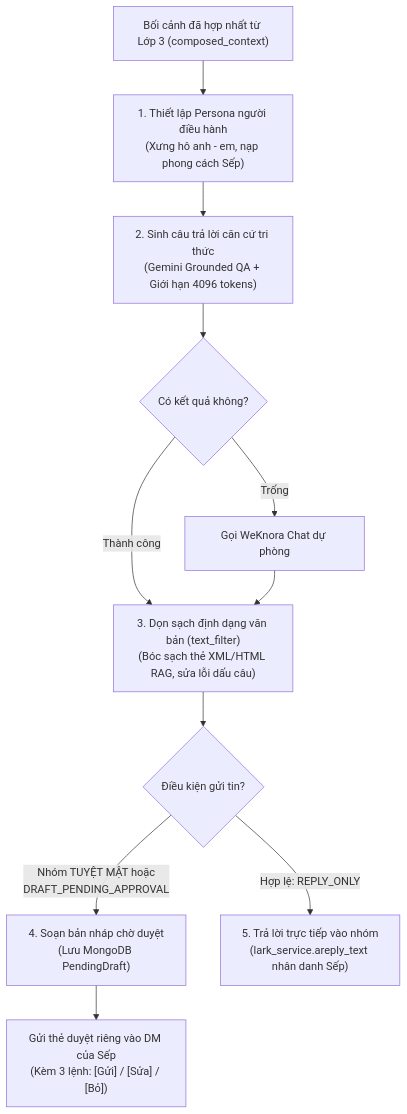
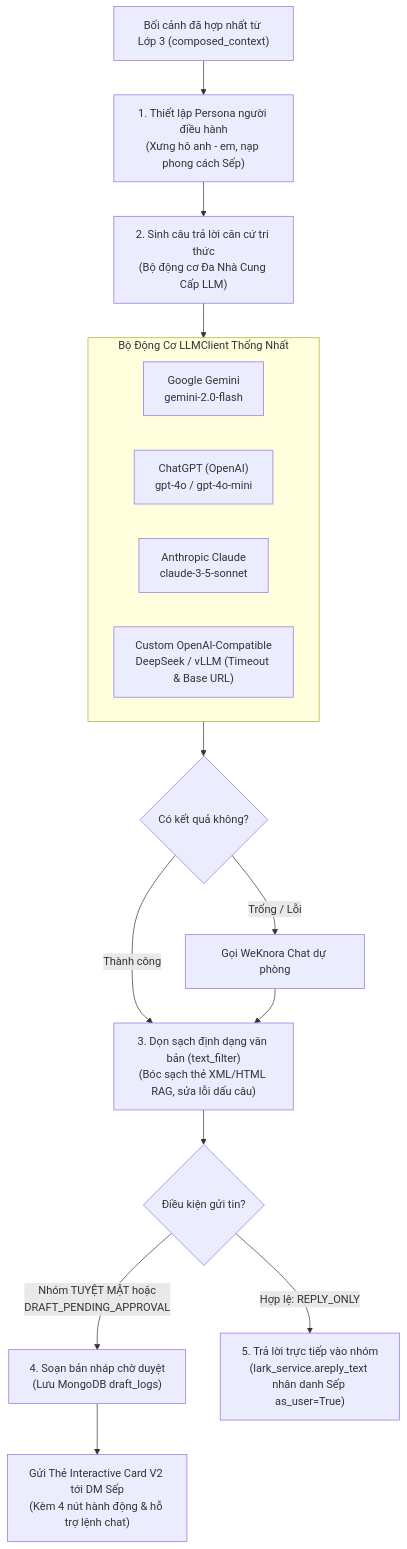
One commit to tetsde/LarkAssistant changed the diagram in server/docs/layer4/layer4.md. Above: the diagram before and after it, drawn with Mermaid. The commit also changed other lines of this file and 10 other files, not shown here.

Commit message:
docs: update system architecture documentation across 4 layers, LarkBase, and Onboarding

````diff
--- a/server/docs/layer4/layer4.md
+++ b/server/docs/layer4/layer4.md
@@ -25,19 +28,28 @@
 ```mermaid
 flowchart TD
     In["Bối cảnh đã hợp nhất từ Lớp 3 (composed_context)"] --> Step1["1. Thiết lập Persona người điều hành<br/>(Xưng hô anh - em, nạp phong cách Sếp)"]
     
-    Step1 --> Step2["2. Sinh câu trả lời căn cứ tri thức<br/>(Gemini Grounded QA + Giới hạn 4096 tokens)"]
-    Step2 --> Fallback{"Có kết quả không?"}
-    Fallback -->|Trống| WeKnoraChat["Gọi WeKnora Chat dự phòng"]
+    Step1 --> Step2["2. Sinh câu trả lời căn cứ tri thức<br/>(Bộ động cơ Đa Nhà Cung Cấp LLM)"]
+    
+    subgraph MultiLLM ["Bộ Động Cơ LLMClient Thống Nhất"]
+        G["Google Gemini<br/>gemini-2.0-flash"]
+        O["ChatGPT (OpenAI)<br/>gpt-4o / gpt-4o-mini"]
+        A["Anthropic Claude<br/>claude-3-5-sonnet"]
+        C["Custom OpenAI-Compatible<br/>DeepSeek / vLLM (Timeout & Base URL)"]
+    end
+    Step2 --> MultiLLM
+    MultiLLM --> Fallback{"Có kết quả không?"}
+    
+    Fallback -->|Trống / Lỗi| WeKnoraChat["Gọi WeKnora Chat dự phòng"]
     Fallback -->|Thành công| Step3
     WeKnoraChat --> Step3
     
     Step3["3. Dọn sạch định dạng văn bản (text_filter)<br/>(Bóc sạch thẻ XML/HTML RAG, sửa lỗi dấu câu)"]
     
     Step3 --> CheckMode{"Điều kiện gửi tin?"}
     
-    CheckMode -->|Nhóm TUYỆT MẬT hoặc<br/>DRAFT_PENDING_APPROVAL| Step5["4. Soạn bản nháp chờ duyệt<br/>(Lưu MongoDB PendingDraft)"]
-    Step5 --> SendDM["Gửi thẻ duyệt riêng vào DM của Sếp<br/>(Kèm 3 lệnh: [Gửi] / [Sửa] / [Bỏ])"]
+    CheckMode -->|Nhóm TUYỆT MẬT hoặc<br/>DRAFT_PENDING_APPROVAL| Step5["4. Soạn bản nháp chờ duyệt<br/>(Lưu MongoDB draft_logs)"]
+    Step5 --> SendDM["Gửi Thẻ Interactive Card V2 tới DM Sếp<br/>(Kèm 4 nút hành động & hỗ trợ lệnh chat)"]
     
-    CheckMode -->|Hợp lệ: REPLY_ONLY| Step4["5. Trả lời trực tiếp vào nhóm<br/>(lark_service.areply_text nhân danh Sếp)"]
+    CheckMode -->|Hợp lệ: REPLY_ONLY| Step4["5. Trả lời trực tiếp vào nhóm<br/>(lark_service.areply_text nhân danh Sếp as_user=True)"]
 ```
````
